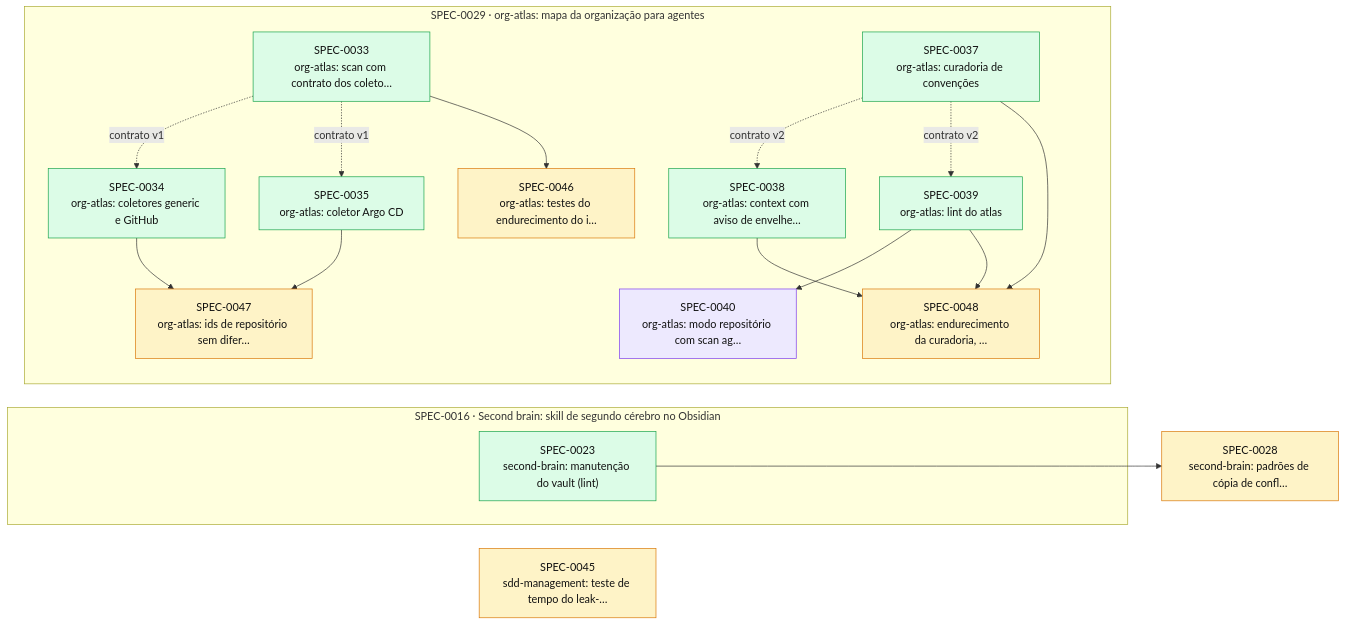
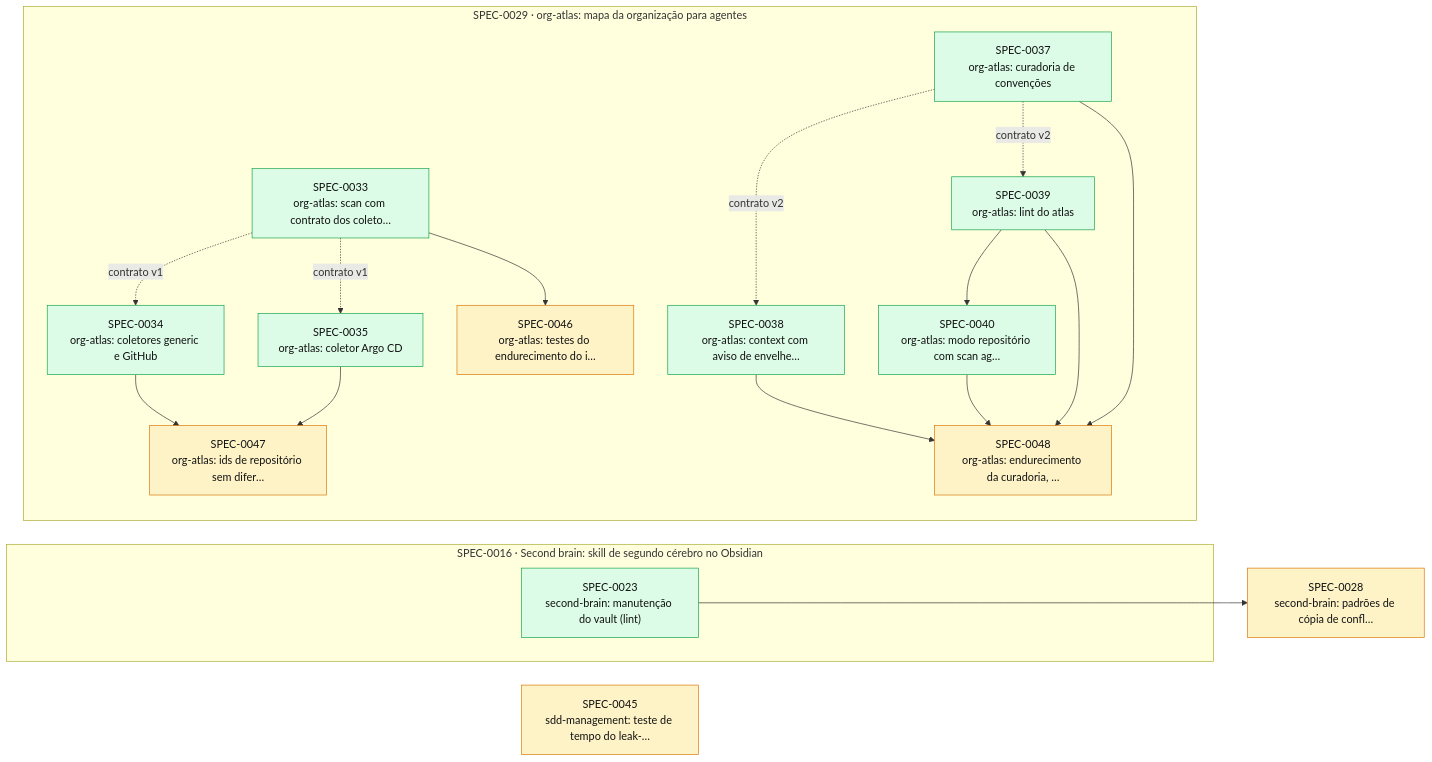
Before and after one commit to thomasravache/ai-dev-brain: the diagram in docs/specs/INDEX.md, drawn with Mermaid. The commit also changed other lines of this file and 1 other file, not shown here.

First line of the commit message:
docs(specs): G7 e fechamento da SPEC-0040

````diff
--- a/docs/specs/INDEX.md
+++ b/docs/specs/INDEX.md
@@ -53,37 +52,38 @@
 ```mermaid
 flowchart LR
   S0028["SPEC-0028<br/>second-brain: padrões de cópia de confl…"]:::proposed
   S0045["SPEC-0045<br/>sdd-management: teste de tempo do leak-…"]:::proposed
   subgraph E0016["SPEC-0016 · Second brain: skill de segundo cérebro no Obsidian"]
     S0023["SPEC-0023<br/>second-brain: manutenção do vault (lint)"]:::implemented
   end
   subgraph E0029["SPEC-0029 · org-atlas: mapa da organização para agentes"]
     S0033["SPEC-0033<br/>org-atlas: scan com contrato dos coleto…"]:::implemented
     S0034["SPEC-0034<br/>org-atlas: coletores generic e GitHub"]:::implemented
     S0035["SPEC-0035<br/>org-atlas: coletor Argo CD"]:::implemented
     S0037["SPEC-0037<br/>org-atlas: curadoria de convenções"]:::implemented
     S0038["SPEC-0038<br/>org-atlas: context com aviso de envelhe…"]:::implemented
     S0039["SPEC-0039<br/>org-atlas: lint do atlas"]:::implemented
-    S0040["SPEC-0040<br/>org-atlas: modo repositório com scan ag…"]:::inprogress
+    S0040["SPEC-0040<br/>org-atlas: modo repositório com scan ag…"]:::implemented
     S0046["SPEC-0046<br/>org-atlas: testes do endurecimento do i…"]:::proposed
     S0047["SPEC-0047<br/>org-atlas: ids de repositório sem difer…"]:::proposed
     S0048["SPEC-0048<br/>org-atlas: endurecimento da curadoria, …"]:::proposed
   end
   S0023 --> S0028
   S0033 -. contrato v1 .-> S0034
   S0033 -. contrato v1 .-> S0035
   S0037 -. contrato v2 .-> S0038
   S0037 -. contrato v2 .-> S0039
   S0039 --> S0040
   S0033 --> S0046
   S0034 --> S0047
   S0035 --> S0047
   S0037 --> S0048
   S0038 --> S0048
   S0039 --> S0048
+  S0040 --> S0048
   classDef proposed fill:#fef3c7,stroke:#d97706,color:#111
   classDef approved fill:#dbeafe,stroke:#2563eb,color:#111
   classDef inprogress fill:#ede9fe,stroke:#7c3aed,color:#111
   classDef implemented fill:#dcfce7,stroke:#16a34a,color:#111
   classDef deprecated fill:#f3f4f6,stroke:#9ca3af,color:#6b7280
 ```
````
